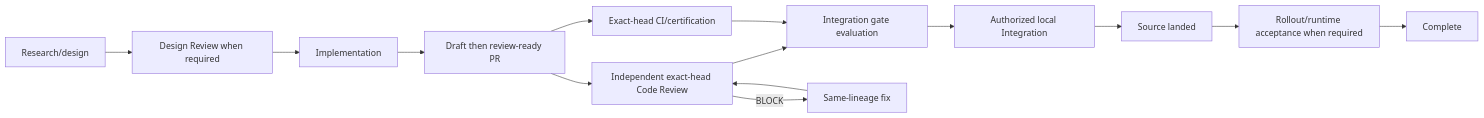
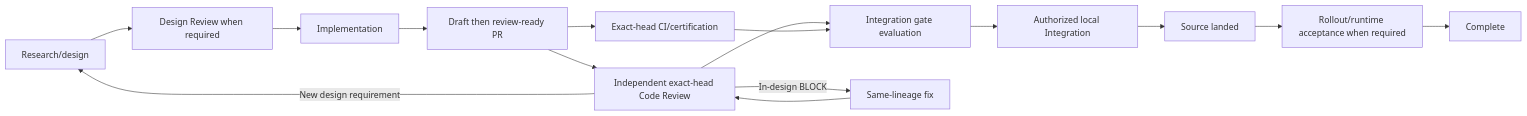
The diagram in dish/docs/architecture/development-workflow/lifecycle.md (marcogallotta/ai-tools), drawn with Mermaid before and after one commit. The commit also changed other lines of this file and 8 other files, not shown here.

````diff
--- a/dish/docs/architecture/development-workflow/lifecycle.md
+++ b/dish/docs/architecture/development-workflow/lifecycle.md
@@ -13,16 +13,17 @@
 ```mermaid
 flowchart LR
     R[Research/design] --> DR[Design Review when required]
     DR --> I[Implementation]
     I --> P[Draft then review-ready PR]
     P --> CR[Independent exact-head Code Review]
     P --> CI[Exact-head CI/certification]
     CR --> G[Integration gate evaluation]
     CI --> G
     G --> IN[Authorized local Integration]
     IN --> M[Source landed]
     M --> A[Rollout/runtime acceptance when required]
     A --> D[Complete]
-    CR -->|BLOCK| F[Same-lineage fix]
+    CR -->|In-design BLOCK| F[Same-lineage fix]
     F --> CR
+    CR -->|New design requirement| R
 ```
````
